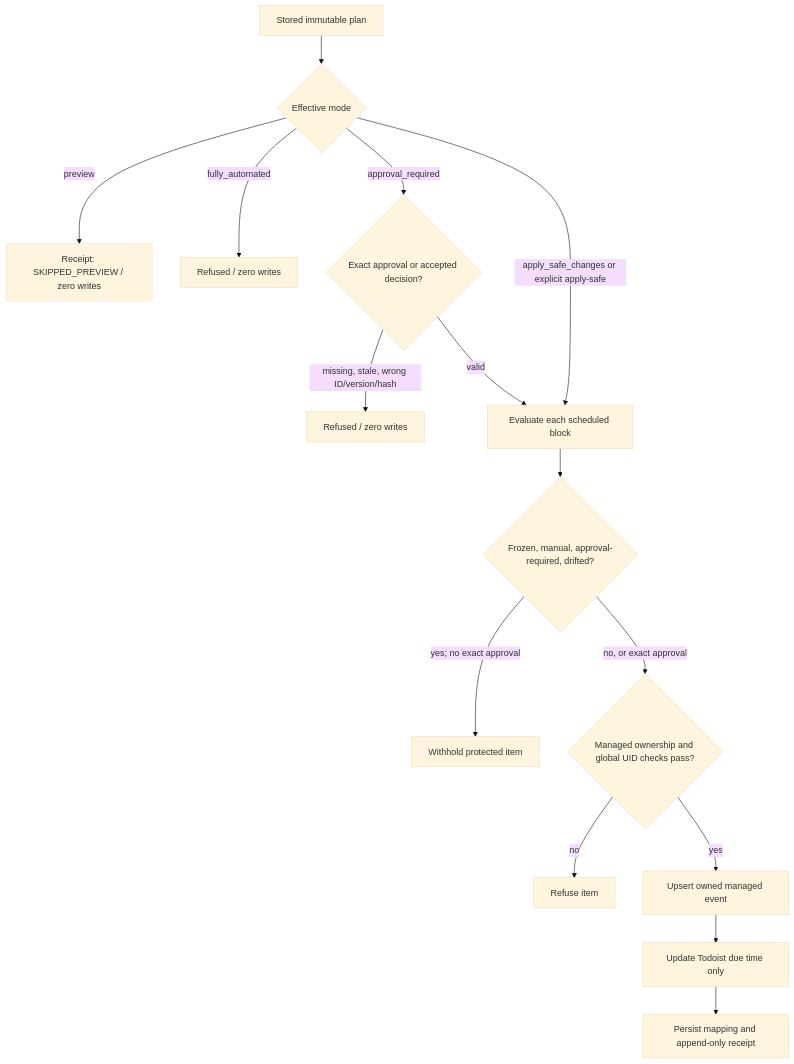
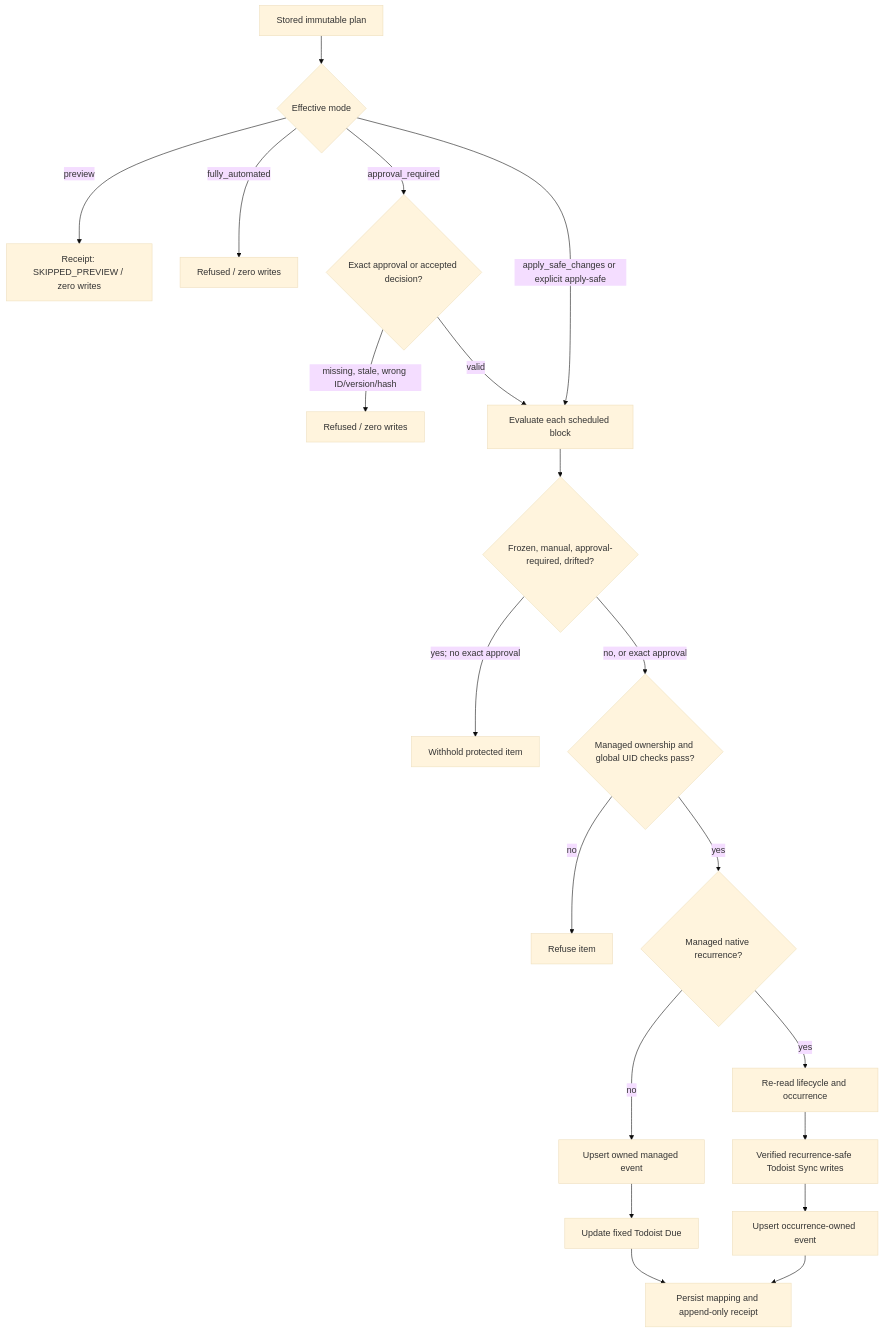
The fifth of 9 diagrams in ARCHITECTURE.md (justinfiore/todoist-calendar-sync), drawn with Mermaid (base theme) before and after one commit. The commit also changed other lines of this file and 7 other files, not shown here.

````diff
--- a/ARCHITECTURE.md
+++ b/ARCHITECTURE.md
@@ -287,18 +310,23 @@
 ```mermaid
 flowchart TD
     Plan[Stored immutable plan] --> Mode{Effective mode}
     Mode -->|preview| PreviewReceipt[Receipt: SKIPPED_PREVIEW / zero writes]
     Mode -->|fully_automated| Refuse[Refused / zero writes]
     Mode -->|approval_required| Exact{Exact approval or accepted decision?}
     Exact -->|missing, stale, wrong ID/version/hash| Refused[Refused / zero writes]
     Exact -->|valid| Items[Evaluate each scheduled block]
     Mode -->|apply_safe_changes or explicit apply-safe| Items
 
     Items --> Protected{Frozen, manual, approval-required, drifted?}
     Protected -->|yes; no exact approval| Withhold[Withhold protected item]
     Protected -->|no, or exact approval| Ownership{Managed ownership and global UID checks pass?}
     Ownership -->|no| Collision[Refuse item]
-    Ownership -->|yes| Calendar[Upsert owned managed event]
-    Calendar --> Todoist[Update Todoist due time only]
-    Todoist --> Receipt[Persist mapping and append-only receipt]
+    Ownership -->|yes| TaskKind{Managed native recurrence?}
+    TaskKind -->|no| CalendarFirst[Upsert owned managed event]
+    CalendarFirst --> FixedDue[Update fixed Todoist Due]
+    TaskKind -->|yes| RecurrencePreflight[Re-read lifecycle and occurrence]
+    RecurrencePreflight --> SyncWrite[Verified recurrence-safe Todoist Sync writes]
+    SyncWrite --> RecurringCalendar[Upsert occurrence-owned event]
+    FixedDue --> Receipt[Persist mapping and append-only receipt]
+    RecurringCalendar --> Receipt
 ```
````
